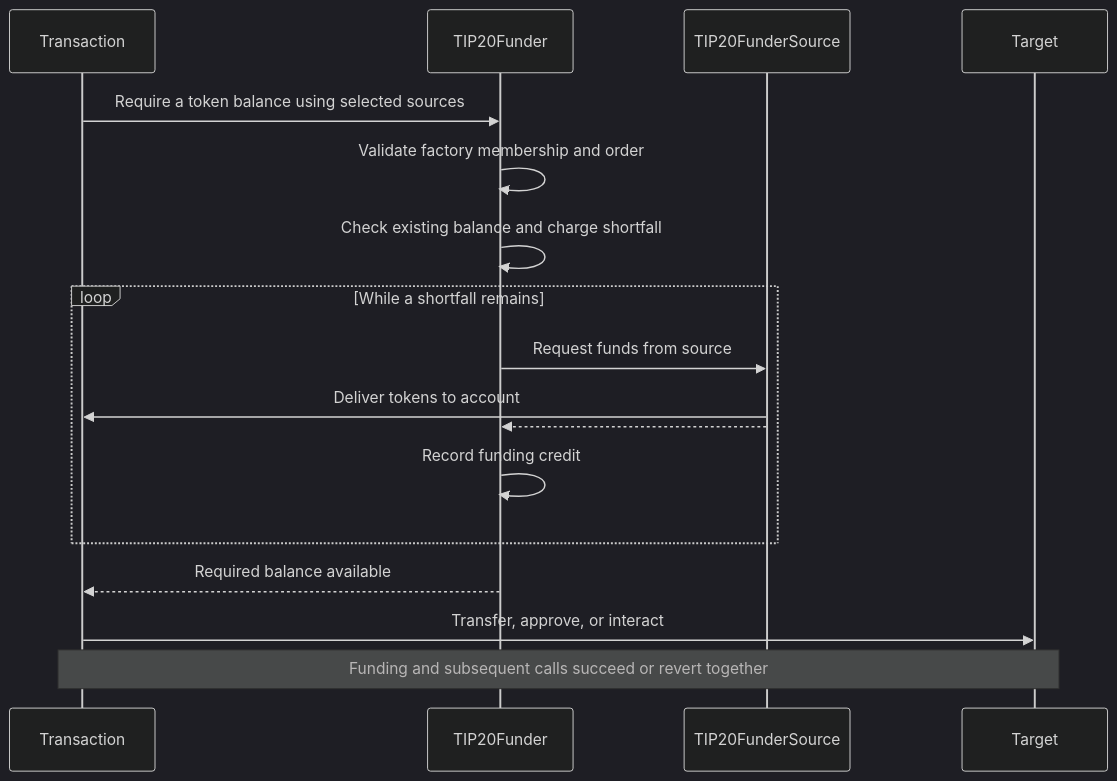
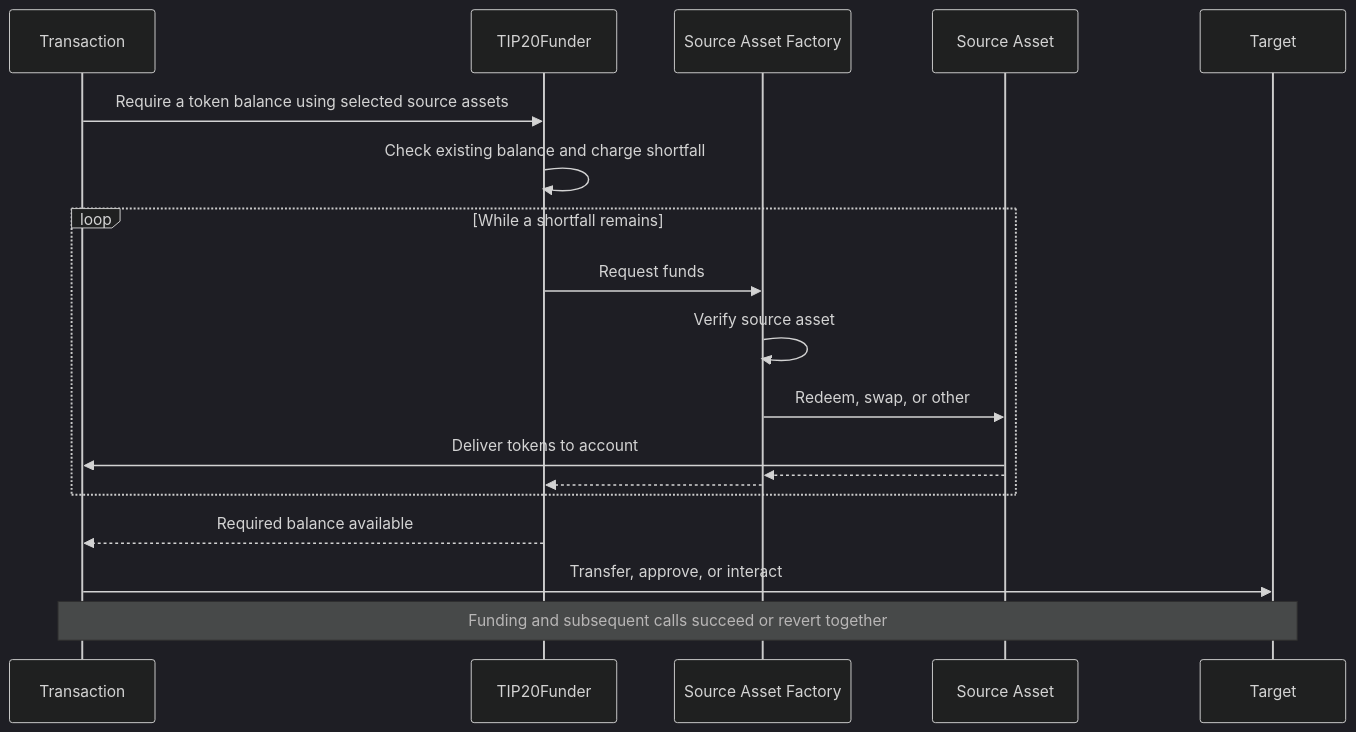
Before and after one commit to tempoxyz/tempo: the diagram in tips/tip-1120.md, drawn with Mermaid (dark theme). The commit also changed other lines of this file, not shown here.

Commit message:
docs(tip-1120): update factory interface and funding limits

````diff
--- a/tips/tip-1120.md
+++ b/tips/tip-1120.md
@@ -45,20 +45,22 @@
 ```mermaid
 sequenceDiagram
     participant C as Transaction
     participant P as TIP20Funder
-    participant S as TIP20FunderSource
+    participant F as Source Asset Factory
+    participant S as Source Asset
     participant A as Target
 
-    C->>P: Require a token balance using selected sources
-    P->>P: Validate factory membership and order
+    C->>P: Require a token balance using selected source assets
     P->>P: Check existing balance and charge shortfall
     loop While a shortfall remains
-        P->>S: Request funds from source
+        P->>F: Request funds
+        F->>F: Verify source asset
+        F->>S: Redeem, swap, or other
         S->>C: Deliver tokens to account
-        S-->>P:
-        P->>P: Record funding credit
+        S-->>F:
+        F-->>P:
     end
     P-->>C: Required balance available
     C->>A: Transfer, approve, or interact
     Note over C,A: Funding and subsequent calls succeed or revert together
 ```
````
